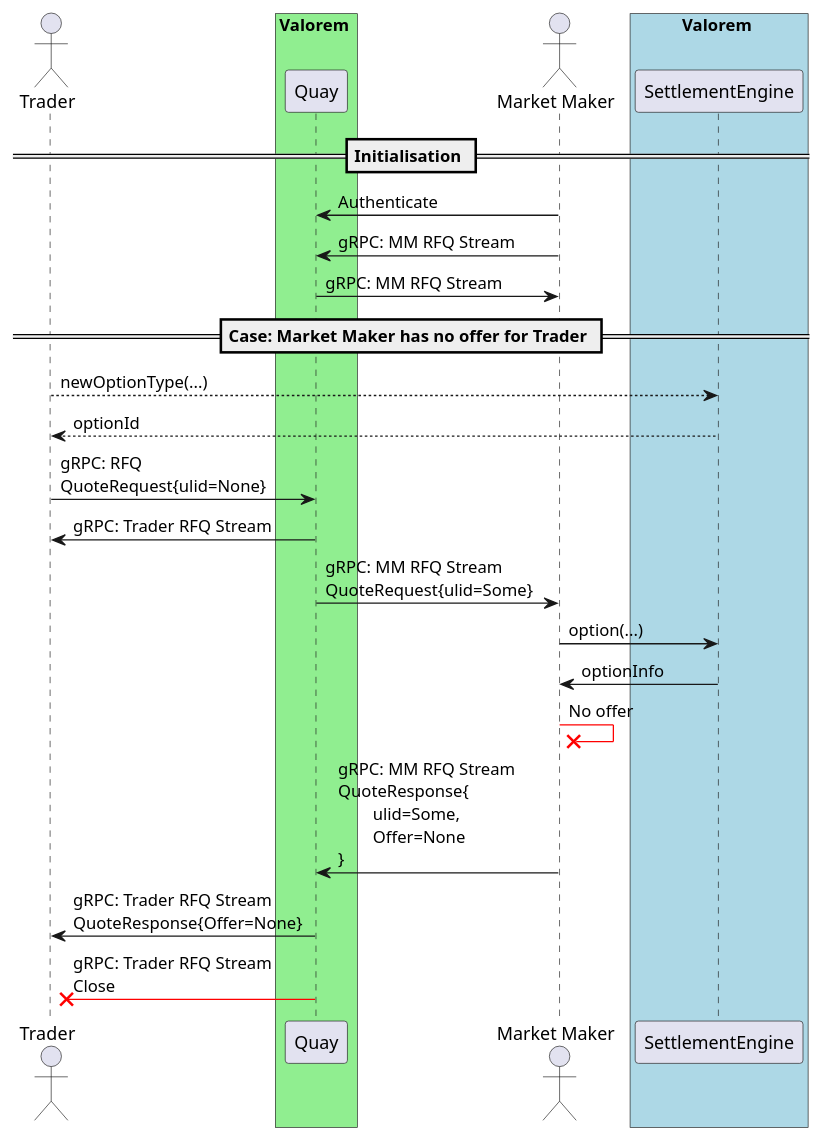
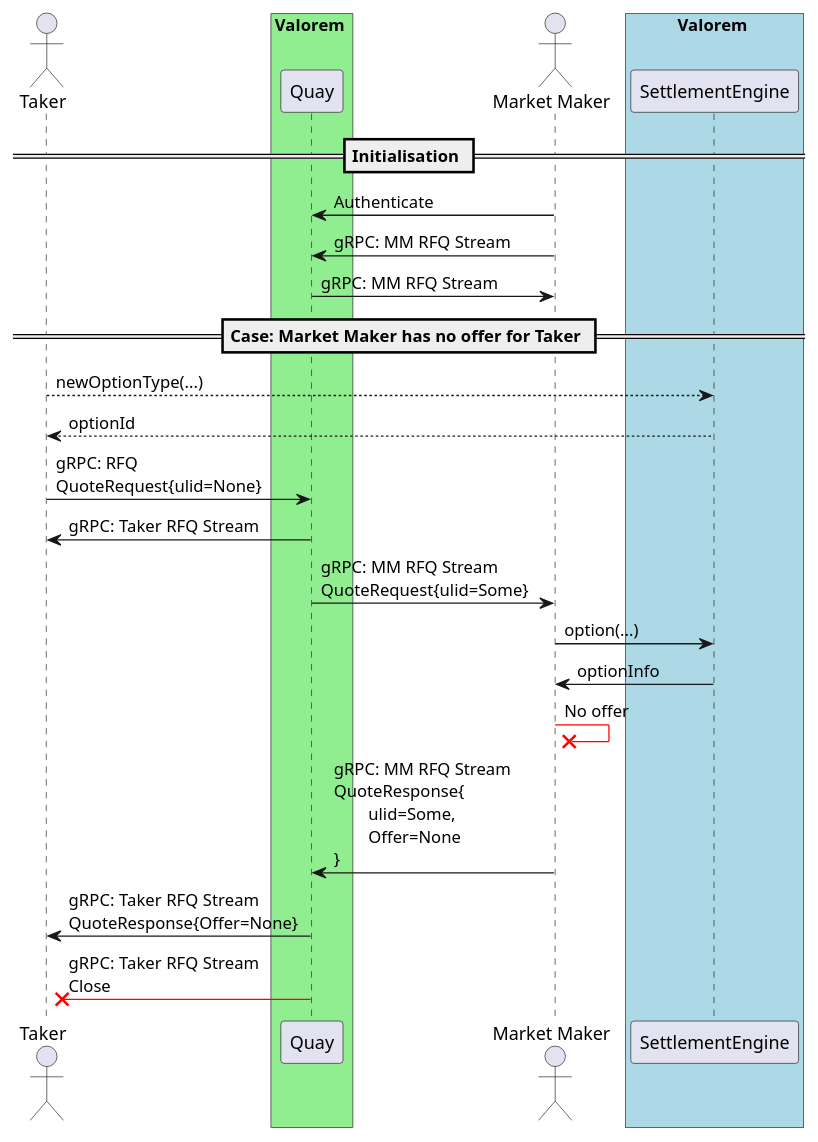
The diagram in docs/diagrams/mm_no_offer.pu (valorem-labs-inc/quay), drawn with PlantUML before and after one commit. The commit also changed 3 other files, not shown here.

```diff
--- a/docs/diagrams/mm_no_offer.pu
+++ b/docs/diagrams/mm_no_offer.pu
@@ -1,29 +1,29 @@
 @startuml
 
-actor Trader
+actor Taker
 box Valorem #LightGreen
 participant Quay
 end box
 actor "Market Maker" as MM
 box Valorem #LightBlue
 participant SettlementEngine as SE
 end box
 
 == Initialisation ==
 MM -> Quay: Authenticate
 MM -> Quay: gRPC: MM RFQ Stream
 Quay -> MM: gRPC: MM RFQ Stream
 
-== Case: Market Maker has no offer for Trader ==
-Trader --> SE: newOptionType(...)
-SE --> Trader: optionId
-Trader -> Quay: gRPC: RFQ\nQuoteRequest{ulid=None}
-Quay -> Trader: gRPC: Trader RFQ Stream
+== Case: Market Maker has no offer for Taker ==
+Taker --> SE: newOptionType(...)
+SE --> Taker: optionId
+Taker -> Quay: gRPC: RFQ\nQuoteRequest{ulid=None}
+Quay -> Taker: gRPC: Taker RFQ Stream
 Quay -> MM: gRPC: MM RFQ Stream\nQuoteRequest{ulid=Some}
 MM -> SE: option(...)
 SE -> MM: optionInfo
 MM -[#red]x MM: No offer
 MM -> Quay: gRPC: MM RFQ Stream\nQuoteResponse{\n\tulid=Some,\n\tOffer=None\n}
-Quay -> Trader: gRPC: Trader RFQ Stream\nQuoteResponse{Offer=None}
-Quay -[#red]X Trader: gRPC: Trader RFQ Stream\nClose
+Quay -> Taker: gRPC: Taker RFQ Stream\nQuoteResponse{Offer=None}
+Quay -[#red]X Taker: gRPC: Taker RFQ Stream\nClose
 @enduml
```
